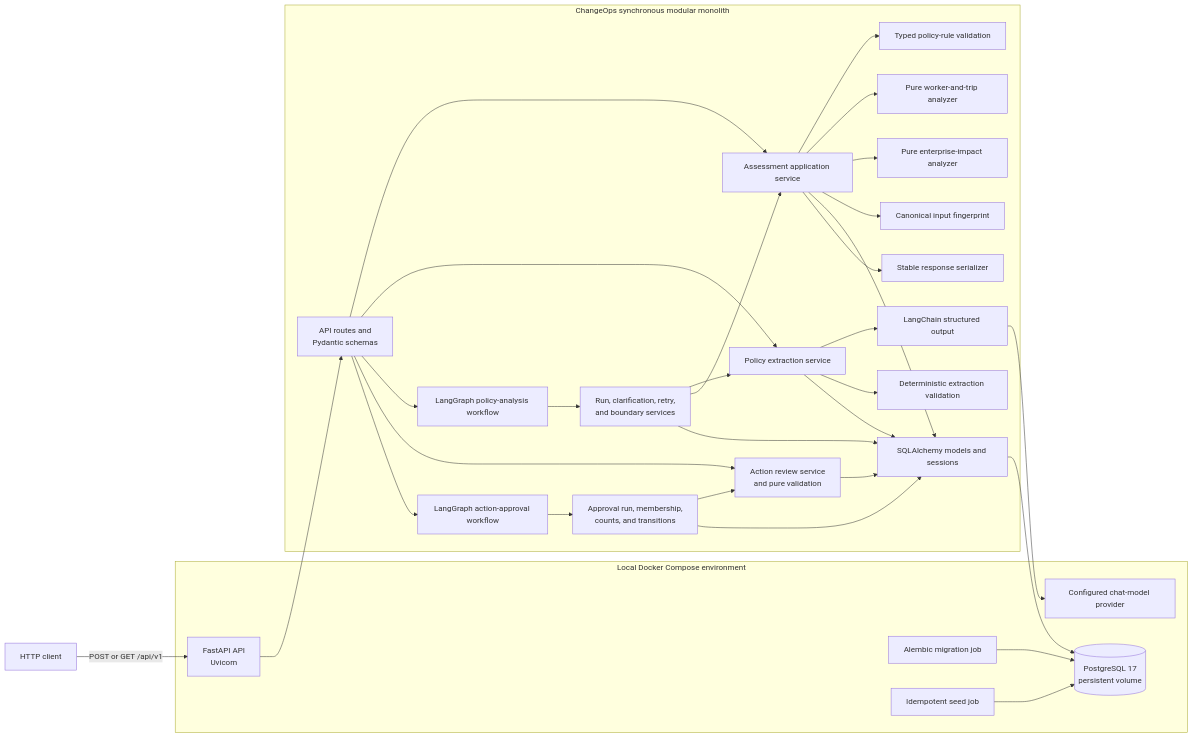
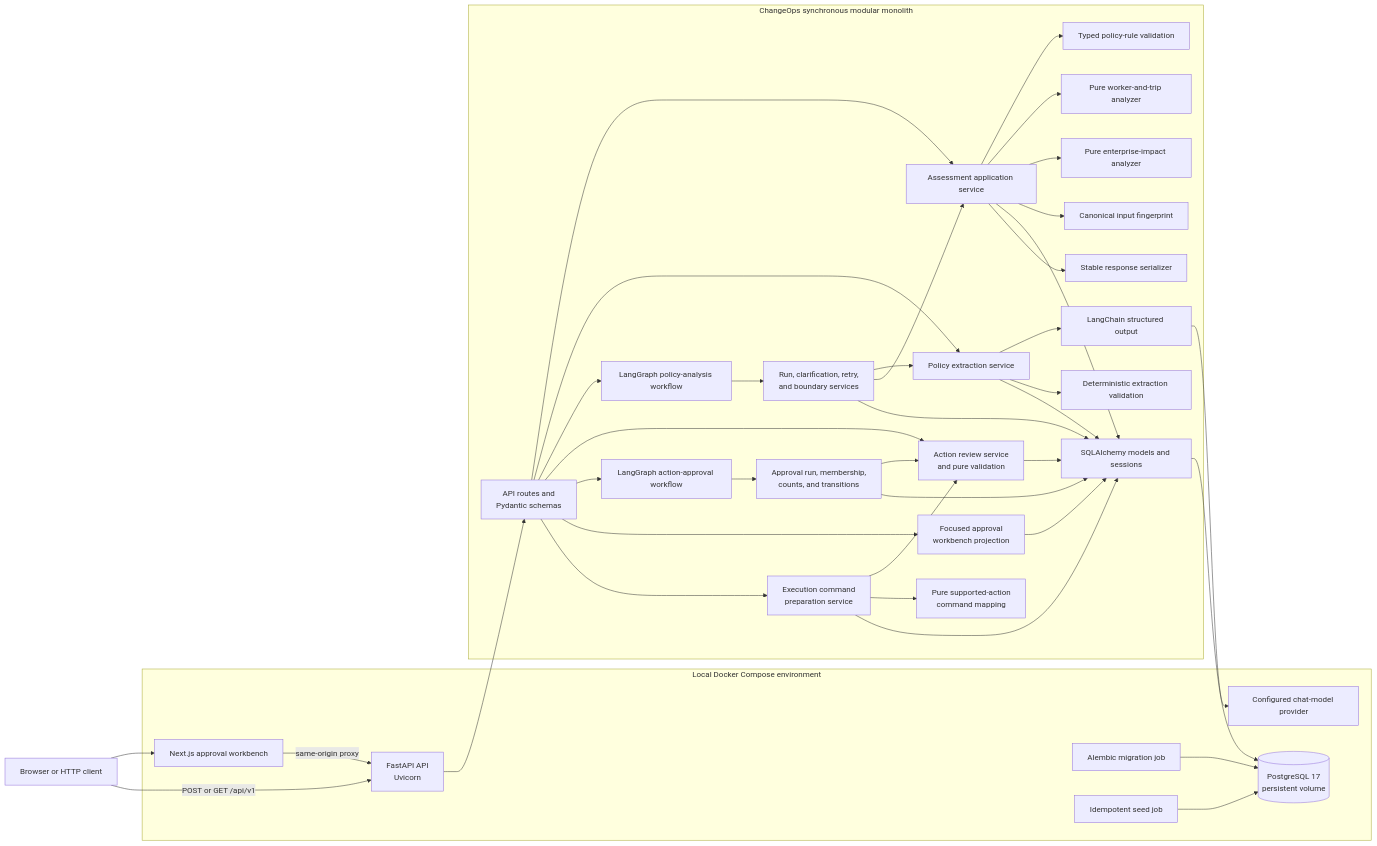
One commit to jaydreyer/ChangeOps changed the first of 4 diagrams in docs/architecture.md. Above: the diagram before and after it, drawn with Mermaid. The commit also changed other lines of this file and 20 other files, not shown here.

````diff
--- a/docs/architecture.md
+++ b/docs/architecture.md
@@ -9,60 +9,72 @@
 ```mermaid
 flowchart LR
-    Client["HTTP client"]
+    Client["Browser or HTTP client"]
 
     subgraph Compose["Local Docker Compose environment"]
         API["FastAPI API<br/>Uvicorn"]
+        Web["Next.js approval workbench"]
         LLM["Configured chat-model provider"]
         Migrate["Alembic migration job"]
         Seed["Idempotent seed job"]
         DB[("PostgreSQL 17<br/>persistent volume")]
     end
 
     subgraph Application["ChangeOps synchronous modular monolith"]
         Routes["API routes and<br/>Pydantic schemas"]
         Service["Assessment application service"]
         Extraction["Policy extraction service"]
         Workflow["LangGraph policy-analysis workflow"]
         RunService["Run, clarification, retry,<br/>and boundary services"]
         LC["LangChain structured output"]
         Validation["Deterministic extraction validation"]
         Rules["Typed policy-rule validation"]
         WorkerAnalyzer["Pure worker-and-trip analyzer"]
         EnterpriseAnalyzer["Pure enterprise-impact analyzer"]
         Fingerprint["Canonical input fingerprint"]
         Serializer["Stable response serializer"]
         Review["Action review service<br/>and pure validation"]
         ApprovalWorkflow["LangGraph action-approval workflow"]
         ApprovalService["Approval run, membership,<br/>counts, and transitions"]
+        WorkbenchProjection["Focused approval<br/>workbench projection"]
+        CommandPreparation["Execution command<br/>preparation service"]
+        CommandMapping["Pure supported-action<br/>command mapping"]
         ORM["SQLAlchemy models and sessions"]
     end
 
+    Client --> Web
     Client -->|"POST or GET /api/v1"| API
+    Web -->|"same-origin proxy"| API
     API --> Routes
     Routes --> Service
     Routes --> Extraction
     Routes --> Workflow
     Workflow --> RunService
     RunService --> Extraction
     RunService --> Service
     RunService --> ORM
     Extraction --> LC
     LC --> LLM
     Extraction --> Validation
     Extraction --> ORM
     Service --> Rules
     Service --> WorkerAnalyzer
     Service --> EnterpriseAnalyzer
     Service --> Fingerprint
     Service --> ORM
     Service --> Serializer
     Routes --> Review
     Routes --> ApprovalWorkflow
     ApprovalWorkflow --> ApprovalService
     ApprovalService --> Review
     ApprovalService --> ORM
     Review --> ORM
+    Routes --> WorkbenchProjection
+    WorkbenchProjection --> ORM
+    Routes --> CommandPreparation
+    CommandPreparation --> Review
+    CommandPreparation --> CommandMapping
+    CommandPreparation --> ORM
     ORM --> DB
     Migrate --> DB
     Seed --> DB
 ```
````
